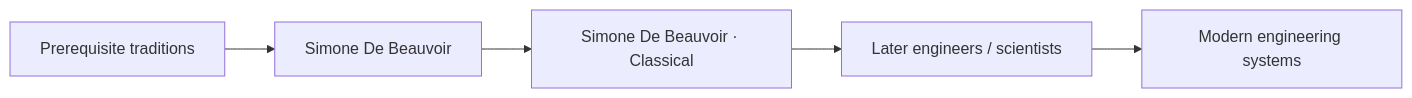
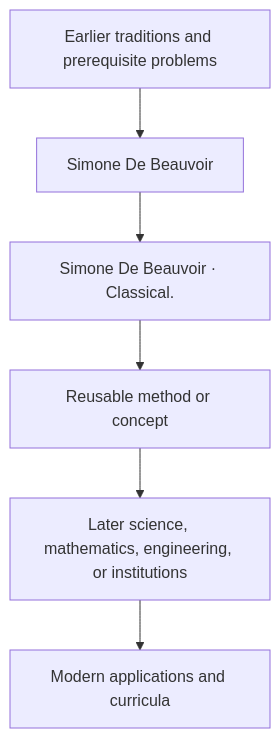
Before and after one commit to via-decide/ViaLogic: the diagram in docs/history/simone-de-beauvoir/influence.md, drawn with Mermaid. The commit also changed other lines of this file and 858 other files, not shown here.

````diff
--- a/docs/history/simone-de-beauvoir/influence.md
+++ b/docs/history/simone-de-beauvoir/influence.md
@@ -29,7 +16,8 @@
 ```mermaid
-graph LR
-  prerequisites["Prerequisite traditions"] --> current["Simone De Beauvoir"]
-  current --> contribution["Simone De Beauvoir · Classical"]
-  contribution --> successors["Later engineers / scientists"]
-  successors --> modern["Modern engineering systems"]
+graph TD
+  Prior[Earlier traditions and prerequisite problems] --> Person[Simone De Beauvoir]
+  Person --> Contribution[Simone De Beauvoir · Classical.]
+  Contribution --> Method[Reusable method or concept]
+  Method --> Later[Later science, mathematics, engineering, or institutions]
+  Later --> Modern[Modern applications and curricula]
 ```
````
